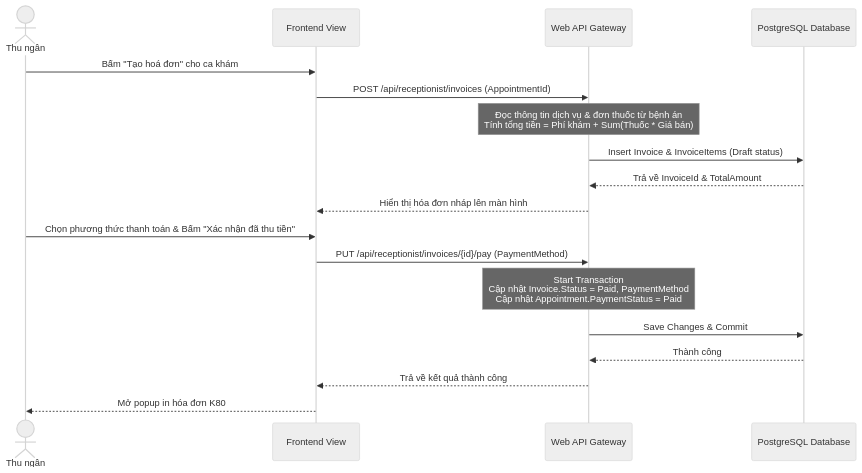
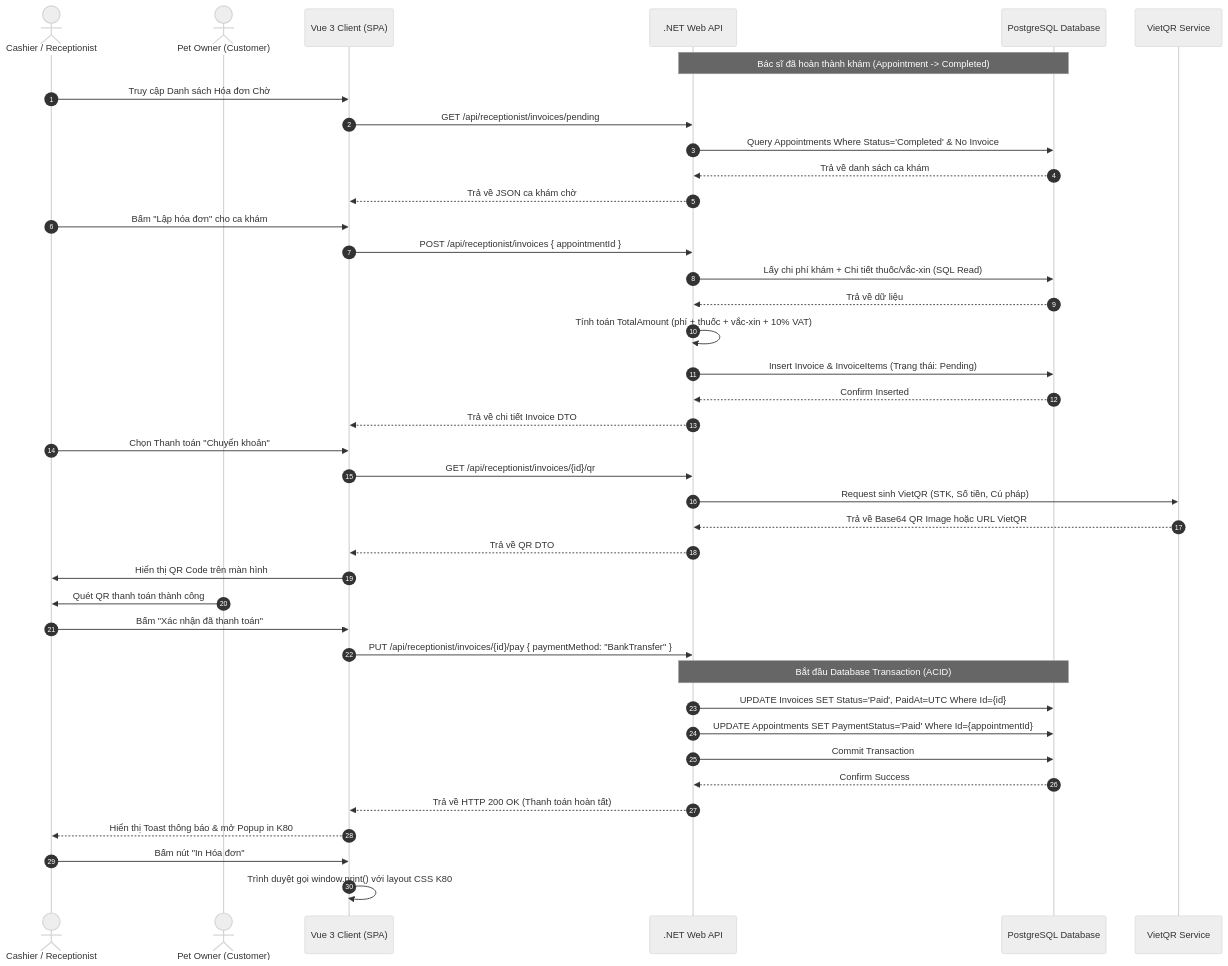
The diagram in plan/features/deep-decomposition/phase2-cashier-invoicing/TECHNICAL_SPEC.md (NamSD1901/DATN-Final), drawn with Mermaid (neutral theme) before and after one commit. The commit also changed other lines of this file and 11 other files, not shown here.

````diff
--- a/plan/features/deep-decomposition/phase2-cashier-invoicing/TECHNICAL_SPEC.md
+++ b/plan/features/deep-decomposition/phase2-cashier-invoicing/TECHNICAL_SPEC.md
@@ -12,22 +11,43 @@
 ```mermaid
 sequenceDiagram
-    actor Cashier as Thu ngân
-    participant FE as Frontend View
-    participant API as Web API Gateway
+    autonumber
+    actor C as Cashier / Receptionist
+    actor U as Pet Owner (Customer)
+    participant FE as Vue 3 Client (SPA)
+    participant BE as .NET Web API
     participant DB as PostgreSQL Database
+    participant QR as VietQR Service
 
-    Cashier->>FE: Bấm "Tạo hoá đơn" cho ca khám
-    FE->>API: POST /api/receptionist/invoices (AppointmentId)
-    Note over API: Đọc thông tin dịch vụ & đơn thuốc từ bệnh án<br/>Tính tổng tiền = Phí khám + Sum(Thuốc * Giá bán)
-    API->>DB: Insert Invoice & InvoiceItems (Draft status)
-    DB-->>API: Trả về InvoiceId & TotalAmount
-    API-->>FE: Hiển thị hóa đơn nháp lên màn hình
-
-    Cashier->>FE: Chọn phương thức thanh toán & Bấm "Xác nhận đã thu tiền"
-    FE->>API: PUT /api/receptionist/invoices/{id}/pay (PaymentMethod)
-    Note over API: Start Transaction<br/>Cập nhật Invoice.Status = Paid, PaymentMethod<br/>Cập nhật Appointment.PaymentStatus = Paid
-    API->>DB: Save Changes & Commit
-    DB-->>API: Thành công
-    API-->>FE: Trả về kết quả thành công
-    FE-->>Cashier: Mở popup in hóa đơn K80
+    Note over BE, DB: Bác sĩ đã hoàn thành khám (Appointment -> Completed)
+    C->>FE: Truy cập Danh sách Hóa đơn Chờ
+    FE->>BE: GET /api/receptionist/invoices/pending
+    BE->>DB: Query Appointments Where Status='Completed' & No Invoice
+    DB-->>BE: Trả về danh sách ca khám
+    BE-->>FE: Trả về JSON ca khám chờ
+    C->>FE: Bấm "Lập hóa đơn" cho ca khám
+    FE->>BE: POST /api/receptionist/invoices { appointmentId }
+    BE->>DB: Lấy chi phí khám + Chi tiết thuốc/vắc-xin (SQL Read)
+    DB-->>BE: Trả về dữ liệu
+    BE->>BE: Tính toán TotalAmount (phí + thuốc + vắc-xin + 10% VAT)
+    BE->>DB: Insert Invoice & InvoiceItems (Trạng thái: Pending)
+    DB-->>BE: Confirm Inserted
+    BE-->>FE: Trả về chi tiết Invoice DTO
+    C->>FE: Chọn Thanh toán "Chuyển khoản"
+    FE->>BE: GET /api/receptionist/invoices/{id}/qr
+    BE->>QR: Request sinh VietQR (STK, Số tiền, Cú pháp)
+    QR-->>BE: Trả về Base64 QR Image hoặc URL VietQR
+    BE-->>FE: Trả về QR DTO
+    FE->>C: Hiển thị QR Code trên màn hình
+    U->>C: Quét QR thanh toán thành công
+    C->>FE: Bấm "Xác nhận đã thanh toán"
+    FE->>BE: PUT /api/receptionist/invoices/{id}/pay { paymentMethod: "BankTransfer" }
+    Note over BE, DB: Bắt đầu Database Transaction (ACID)
+    BE->>DB: UPDATE Invoices SET Status='Paid', PaidAt=UTC Where Id={id}
+    BE->>DB: UPDATE Appointments SET PaymentStatus='Paid' Where Id={appointmentId}
+    BE->>DB: Commit Transaction
+    DB-->>BE: Confirm Success
+    BE-->>FE: Trả về HTTP 200 OK (Thanh toán hoàn tất)
+    FE-->>C: Hiển thị Toast thông báo & mở Popup in K80
+    C->>FE: Bấm nút "In Hóa đơn"
+    FE->>FE: Trình duyệt gọi window.print() với layout CSS K80
 ```
````
